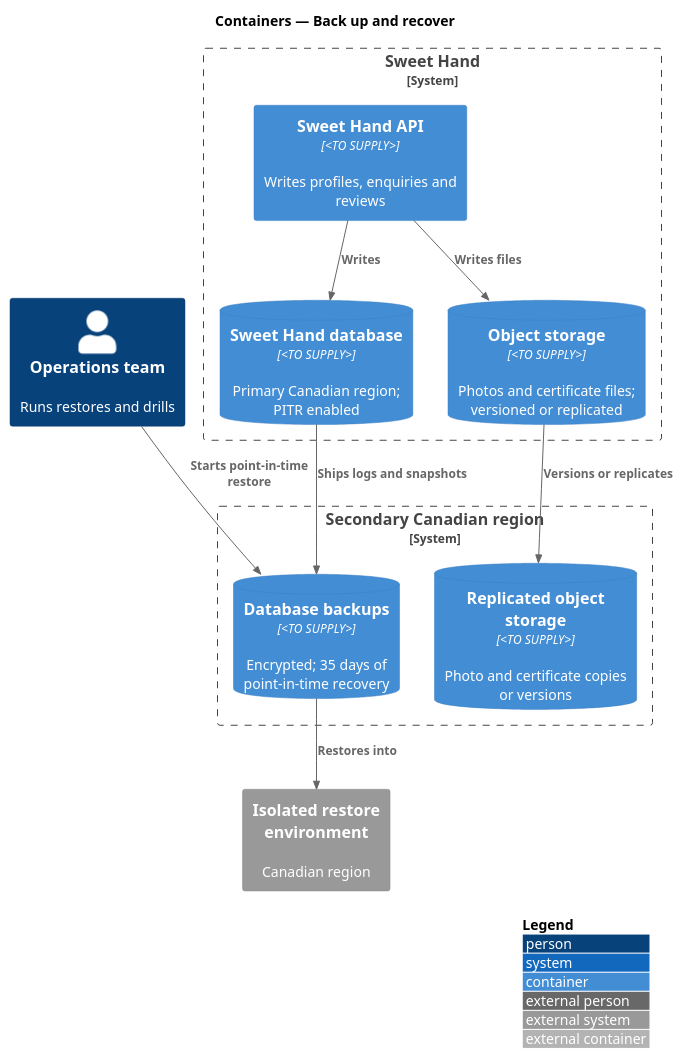
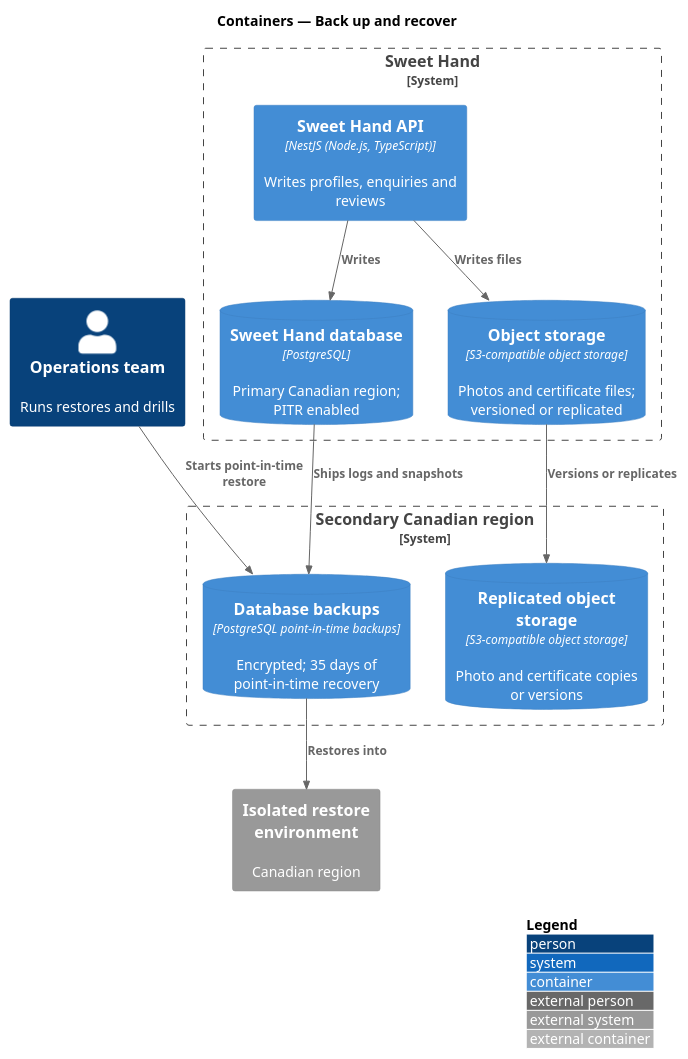
Before and after one commit to QuinntyneBrown/sweet-hand: the diagram in docs/detailed-designs/platform/back-up-and-recover/diagrams/c4-container.puml, drawn with PlantUML. The commit also changed 34 other files, not shown here.

```diff
--- a/docs/detailed-designs/platform/back-up-and-recover/diagrams/c4-container.puml
+++ b/docs/detailed-designs/platform/back-up-and-recover/diagrams/c4-container.puml
@@ -1,24 +1,24 @@
 @startuml
 !include <C4/C4_Container>
 LAYOUT_WITH_LEGEND()
 title Containers — Back up and recover
 
 Person(ops, "Operations team", "Runs restores and drills")
 System_Boundary(sweethand, "Sweet Hand") {
-  Container(api, "Sweet Hand API", "<TO SUPPLY>", "Writes profiles, enquiries and reviews")
-  ContainerDb(db, "Sweet Hand database", "<TO SUPPLY>", "Primary Canadian region; PITR enabled")
-  ContainerDb(storage, "Object storage", "<TO SUPPLY>", "Photos and certificate files; versioned or replicated")
+  Container(api, "Sweet Hand API", "NestJS (Node.js, TypeScript)", "Writes profiles, enquiries and reviews")
+  ContainerDb(db, "Sweet Hand database", "PostgreSQL", "Primary Canadian region; PITR enabled")
+  ContainerDb(storage, "Object storage", "S3-compatible object storage", "Photos and certificate files; versioned or replicated")
 }
 System_Boundary(secondary, "Secondary Canadian region") {
-  ContainerDb(dbbackup, "Database backups", "<TO SUPPLY>", "Encrypted; 35 days of point-in-time recovery")
-  ContainerDb(replica, "Replicated object storage", "<TO SUPPLY>", "Photo and certificate copies or versions")
+  ContainerDb(dbbackup, "Database backups", "PostgreSQL point-in-time backups", "Encrypted; 35 days of point-in-time recovery")
+  ContainerDb(replica, "Replicated object storage", "S3-compatible object storage", "Photo and certificate copies or versions")
 }
 System_Ext(restore, "Isolated restore environment", "Canadian region")
 
 Rel(api, db, "Writes")
 Rel(api, storage, "Writes files")
 Rel(db, dbbackup, "Ships logs and snapshots")
 Rel(storage, replica, "Versions or replicates")
 Rel(ops, dbbackup, "Starts point-in-time restore")
 Rel(dbbackup, restore, "Restores into")
 @enduml
```
